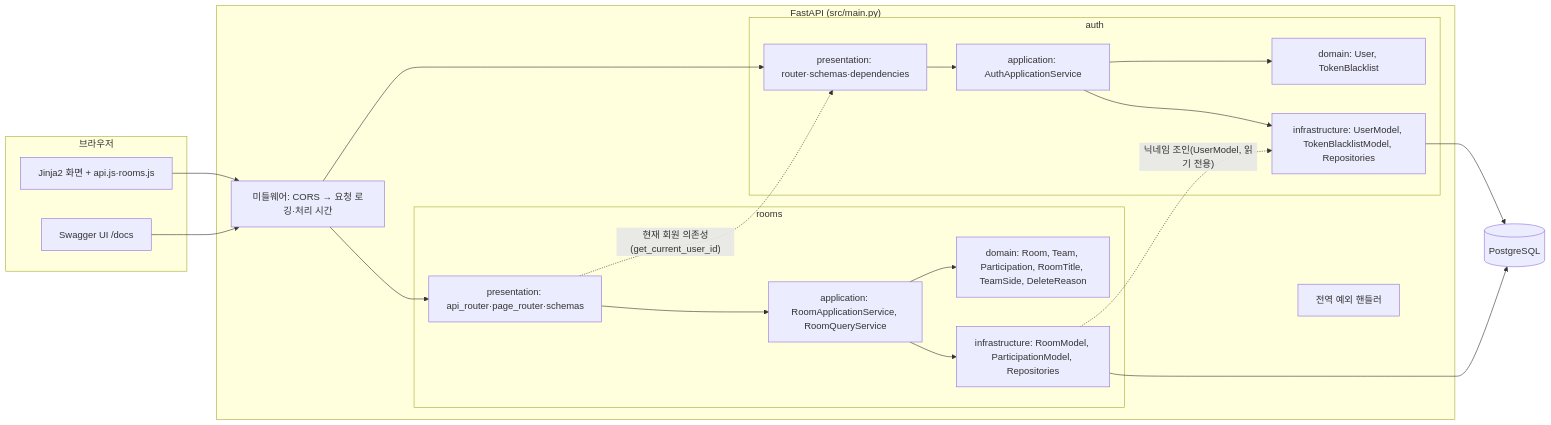
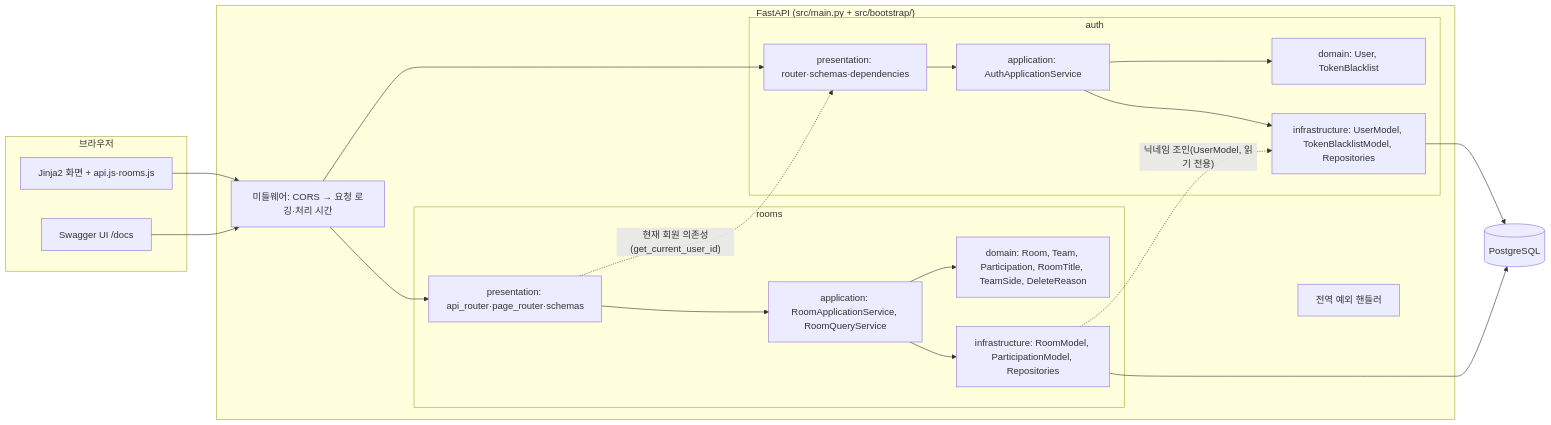
One commit to gyoo303/kant-backend-matchmaking changed the diagram in docs/02-arch/02-system-architecture.md. Above: the diagram before and after it, drawn with Mermaid. The commit also changed 16 other files, not shown here.

First line of the commit message:
refactor: main.py를 책임별 bootstrap 모듈로 분리 (D-028)

````diff
--- a/docs/02-arch/02-system-architecture.md
+++ b/docs/02-arch/02-system-architecture.md
@@ -8,36 +8,36 @@
 ```mermaid
 flowchart LR
     subgraph Browser["브라우저"]
         WEB["Jinja2 화면 + api.js·rooms.js"]
         SW["Swagger UI /docs"]
     end
-    subgraph App["FastAPI (src/main.py)"]
+    subgraph App["FastAPI (src/main.py + src/bootstrap/)"]
         MW["미들웨어: CORS → 요청 로깅·처리 시간"]
         EH["전역 예외 핸들러"]
         subgraph AUTH["auth"]
             AP["presentation: router·schemas·dependencies"]
             AA["application: AuthApplicationService"]
             AD["domain: User, TokenBlacklist"]
             AI["infrastructure: UserModel, TokenBlacklistModel, Repositories"]
         end
         subgraph ROOMS["rooms"]
             RP["presentation: api_router·page_router·schemas"]
             RA["application: RoomApplicationService, RoomQueryService"]
             RD["domain: Room, Team, Participation, RoomTitle, TeamSide, DeleteReason"]
             RI["infrastructure: RoomModel, ParticipationModel, Repositories"]
         end
     end
     DB[("PostgreSQL")]
     WEB --> MW
     SW --> MW
     MW --> AP
     MW --> RP
     AP --> AA --> AD
     AA --> AI
     RP --> RA --> RD
     RA --> RI
     RP -. "현재 회원 의존성(get_current_user_id)" .-> AP
     RI -. "닉네임 조인(UserModel, 읽기 전용)" .-> AI
     AI --> DB
     RI --> DB
 ```
````
